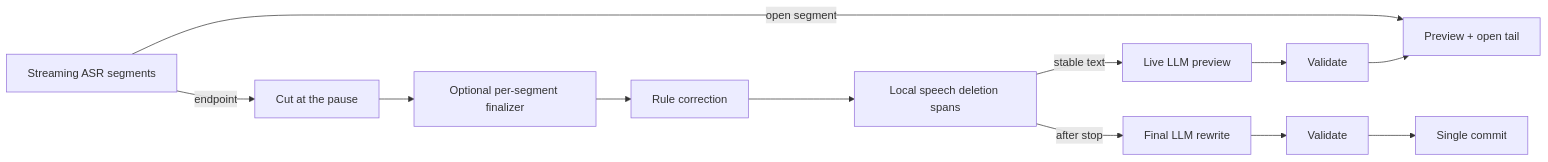
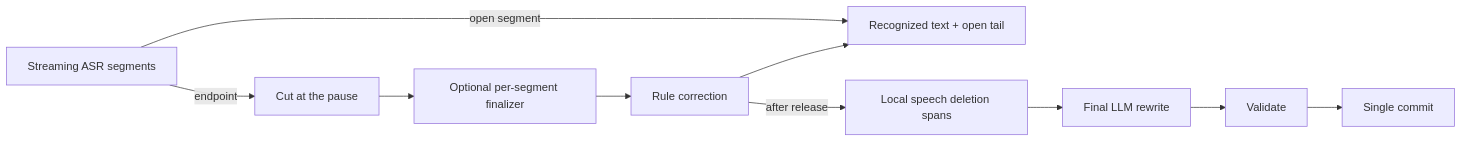
One commit to AstraFoundry/Arion changed the second of 2 diagrams in docs/project/architecture.md. Above: the diagram before and after it, drawn with Mermaid. The commit also changed other lines of this file and 20 other files, not shown here.

First line of the commit message:
fix(rewrite): polish only after the dictation key is released

````diff
--- a/docs/project/architecture.md
+++ b/docs/project/architecture.md
@@ -31,14 +31,12 @@
 ```mermaid
 flowchart LR
     Stream[Streaming ASR segments] -->|endpoint| Cut[Cut at the pause]
     Cut --> Refine[Optional per-segment finalizer]
     Refine --> Rules[Rule correction]
-    Rules --> Cleanup[Local speech deletion spans]
-    Cleanup -->|stable text| Preview[Live LLM preview]
-    Preview --> Validate1[Validate]
-    Validate1 --> Display[Preview + open tail]
+    Rules --> Display[Recognized text + open tail]
     Stream -->|open segment| Display
-    Cleanup -->|after stop| Final[Final LLM rewrite]
-    Final --> Validate2[Validate]
-    Validate2 --> Commit[Single commit]
+    Rules -->|after release| Cleanup[Local speech deletion spans]
+    Cleanup --> Final[Final LLM rewrite]
+    Final --> Validate[Validate]
+    Validate --> Commit[Single commit]
 ```
````
